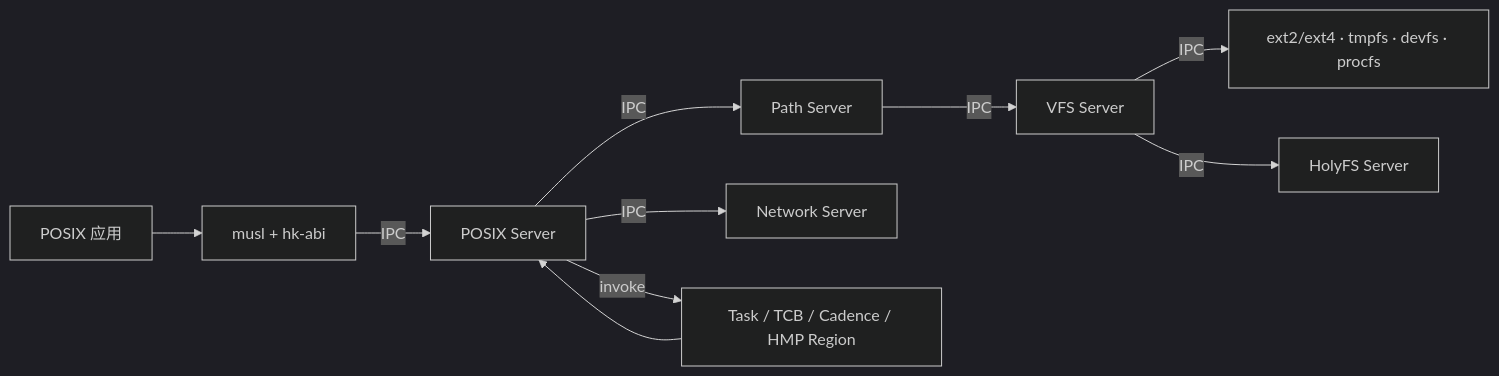
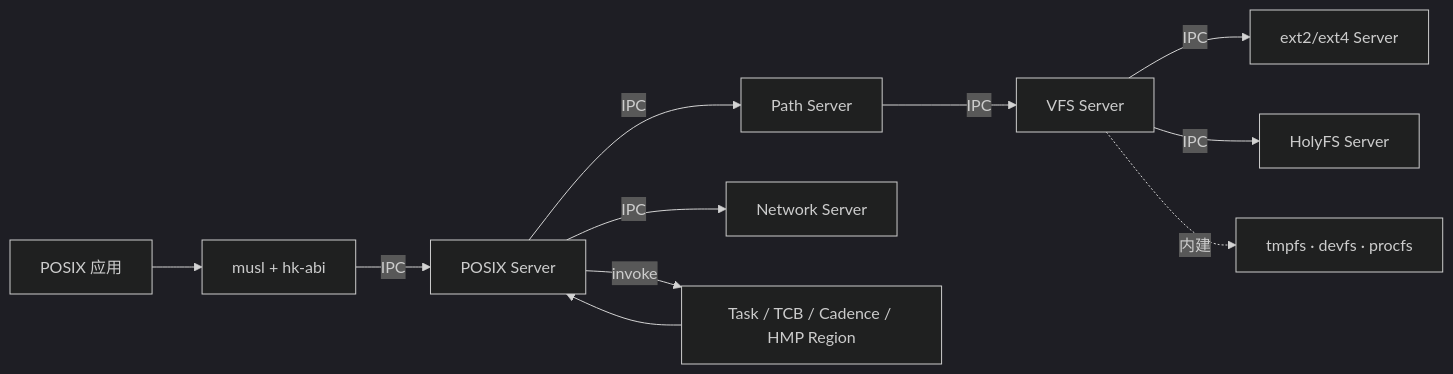
One commit to hongweifei/HolyKernel changed the fourth of 5 diagrams in docs/architecture.md. Above: the diagram before and after it, drawn with Mermaid (dark theme). The commit also changed other lines of this file and 29 other files, not shown here.

````diff
--- a/docs/architecture.md
+++ b/docs/architecture.md
@@ -252,12 +253,13 @@
 ```mermaid
 flowchart LR
     App["POSIX 应用"] --> Libc["musl + hk-abi"]
     Libc -->|IPC| POSIX["POSIX Server"]
     POSIX -->|IPC| Path["Path Server"]
     Path -->|IPC| VFS["VFS Server"]
-    VFS -->|IPC| FS["ext2/ext4 · tmpfs · devfs · procfs"]
+    VFS -->|IPC| FS["ext2/ext4 Server"]
     VFS -->|IPC| Holy["HolyFS Server"]
+    VFS -.->|内建| Synthetic["tmpfs · devfs · procfs"]
     POSIX -->|IPC| Net["Network Server"]
     POSIX -->|invoke| Kernel["Task / TCB / Cadence / HMP Region"]
     Kernel --> POSIX
 ```
````
